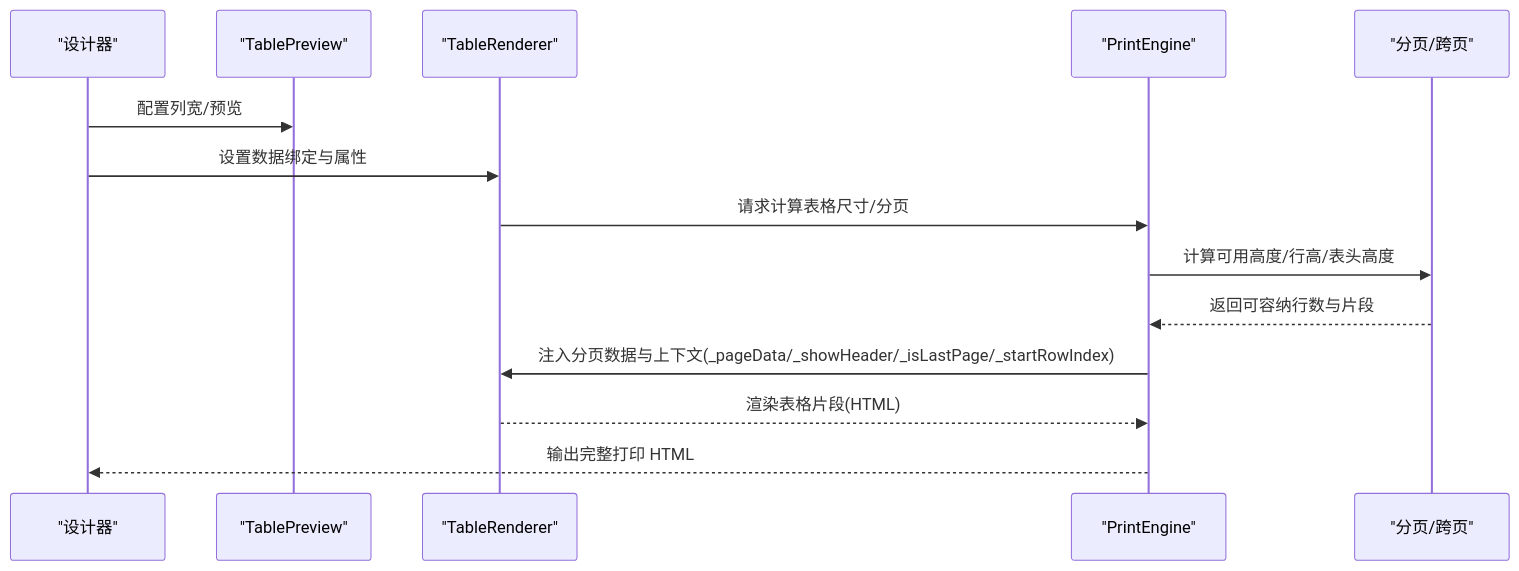
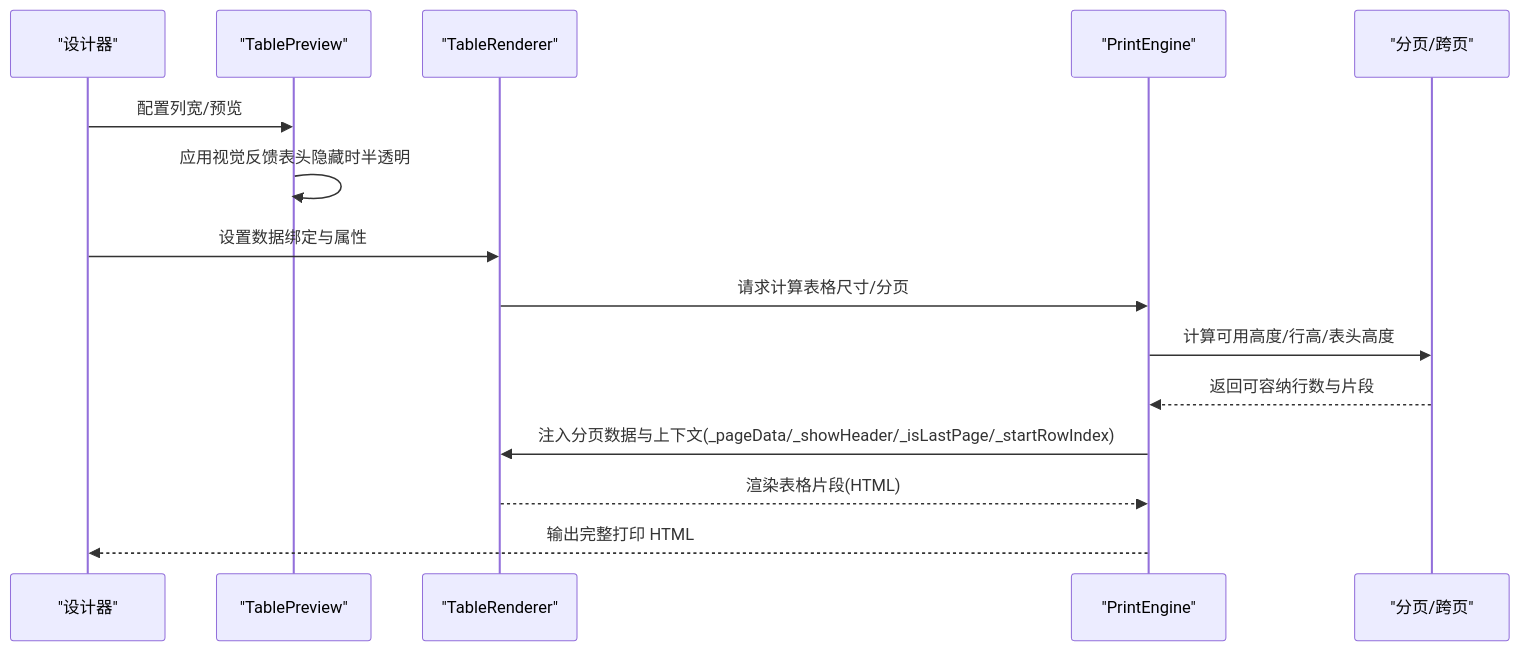
One commit to joker-yjc/printer changed the second of 6 diagrams in .qoder/repowiki/zh/content/组件系统详解/表格组件.md. Above: the diagram before and after it, drawn with Mermaid. The commit also changed other lines of this file and 61 other files, not shown here.

````diff
--- a/.qoder/repowiki/zh/content/组件系统详解/表格组件.md
+++ b/.qoder/repowiki/zh/content/组件系统详解/表格组件.md
@@ -78,16 +88,17 @@
 ```mermaid
 sequenceDiagram
 participant D as "设计器"
 participant TP as "TablePreview"
 participant R as "TableRenderer"
 participant E as "PrintEngine"
 participant P as "分页/跨页"
 D->>TP : 配置列宽/预览
+TP->>TP : 应用视觉反馈表头隐藏时半透明
 D->>R : 设置数据绑定与属性
 R->>E : 请求计算表格尺寸/分页
 E->>P : 计算可用高度/行高/表头高度
 P-->>E : 返回可容纳行数与片段
 E->>R : 注入分页数据与上下文(_pageData/_showHeader/_isLastPage/_startRowIndex)
 R-->>E : 渲染表格片段(HTML)
 E-->>D : 输出完整打印 HTML
 ```
````
